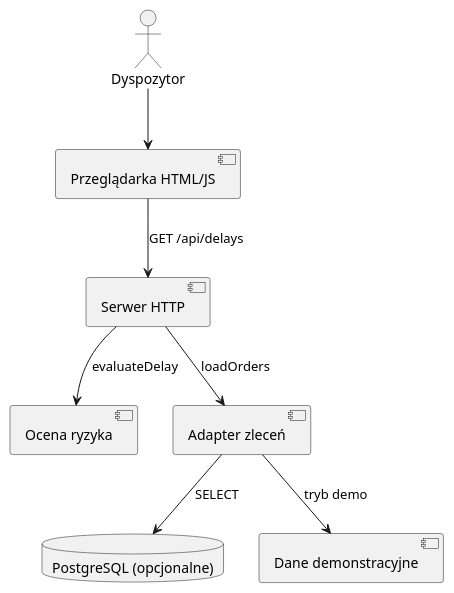
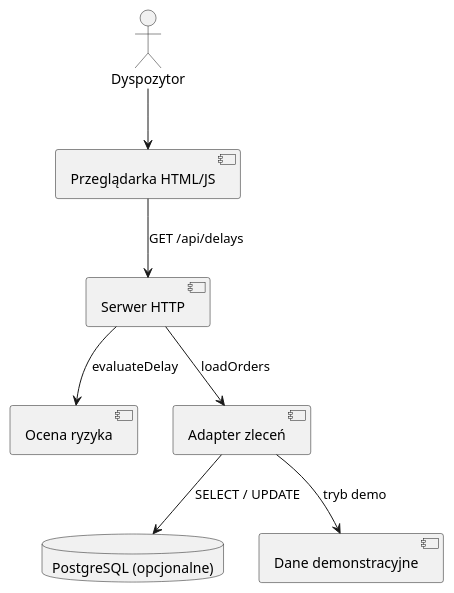
One commit to nossixd/5f-outpost changed the first of 6 diagrams in docs/architektura.md. Above: the diagram before and after it, drawn with PlantUML. The commit also changed other lines of this file and 16 other files, not shown here.

````diff
--- a/docs/architektura.md
+++ b/docs/architektura.md
@@ -15,17 +21,17 @@
 ```plantuml
 @startuml
 actor Dyspozytor
 component "Przeglądarka HTML/JS" as UI
 component "Serwer HTTP" as API
 component "Ocena ryzyka" as Risk
 component "Adapter zleceń" as Adapter
 database "PostgreSQL (opcjonalne)" as DB
 component "Dane demonstracyjne" as Demo
 Dyspozytor --> UI
 UI --> API : GET /api/delays
 API --> Risk : evaluateDelay
 API --> Adapter : loadOrders
-Adapter --> DB : SELECT
+Adapter --> DB : SELECT / UPDATE
 Adapter --> Demo : tryb demo
 @enduml
 ```
````
